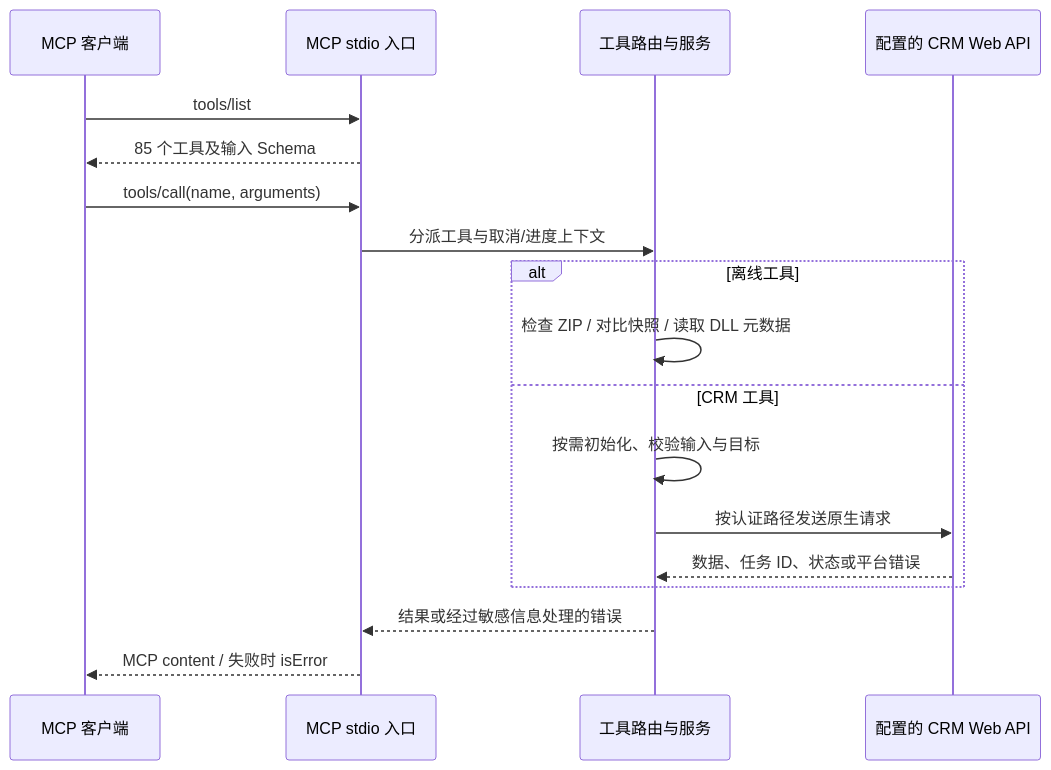
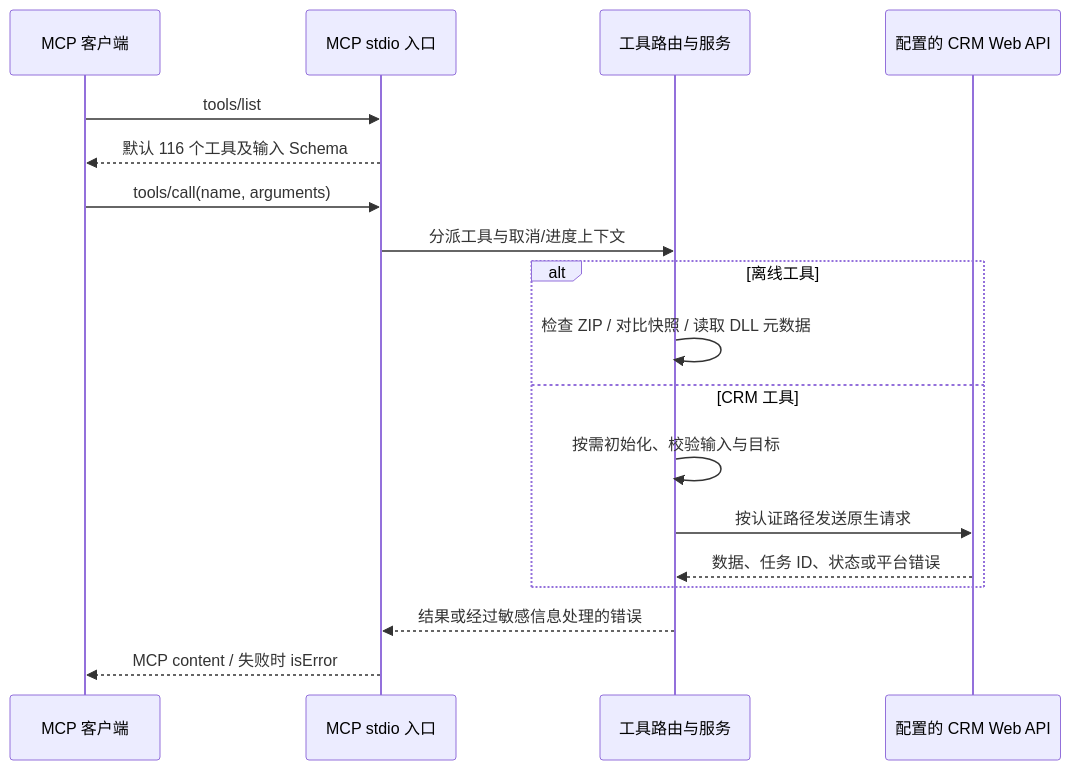
One commit to Kenny-666/Dynamics365-mcp-server changed the second of 5 diagrams in README.zh-CN.md. Above: the diagram before and after it, drawn with Mermaid. The commit also changed other lines of this file and 78 other files, not shown here.

````diff
--- a/README.zh-CN.md
+++ b/README.zh-CN.md
@@ -102,20 +104,20 @@
 ```mermaid
 sequenceDiagram
     participant C as MCP 客户端
     participant M as MCP stdio 入口
     participant R as 工具路由与服务
     participant A as 配置的 CRM Web API
     C->>M: tools/list
-    M-->>C: 85 个工具及输入 Schema
+    M-->>C: 默认 116 个工具及输入 Schema
     C->>M: tools/call(name, arguments)
     M->>R: 分派工具与取消/进度上下文
     alt 离线工具
         R->>R: 检查 ZIP / 对比快照 / 读取 DLL 元数据
     else CRM 工具
         R->>R: 按需初始化、校验输入与目标
         R->>A: 按认证路径发送原生请求
         A-->>R: 数据、任务 ID、状态或平台错误
     end
     R-->>M: 结果或经过敏感信息处理的错误
     M-->>C: MCP content / 失败时 isError
 ```
````
